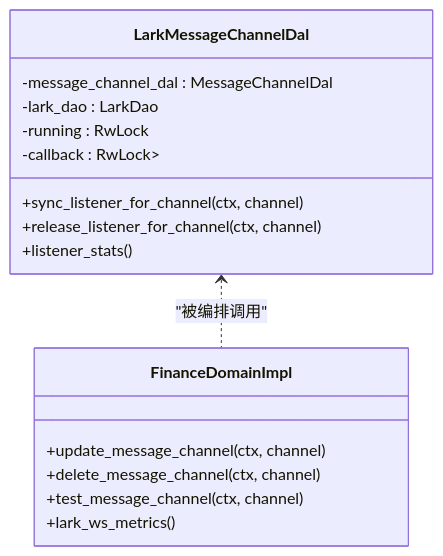
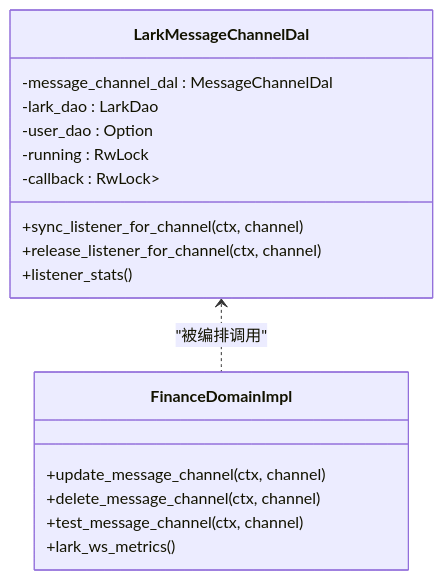
One commit to runningcoders/ai_orz changed the fourth of 10 diagrams in .qoder/repowiki/zh/content/核心模块/服务层/领域层/财务领域/飞书集成系统.md. Above: the diagram before and after it, drawn with Mermaid. The commit also changed other lines of this file and 5 other files, not shown here.

````diff
--- a/.qoder/repowiki/zh/content/核心模块/服务层/领域层/财务领域/飞书集成系统.md
+++ b/.qoder/repowiki/zh/content/核心模块/服务层/领域层/财务领域/飞书集成系统.md
@@ -148,19 +159,20 @@
 ```mermaid
 classDiagram
 class LarkMessageChannelDal {
 -message_channel_dal : MessageChannelDal
 -lark_dao : LarkDao
+-user_dao : Option<UserDao>
 -running : RwLock<bool>
 -callback : RwLock<Option<MessageAdapterCallback>>
 +sync_listener_for_channel(ctx, channel)
 +release_listener_for_channel(ctx, channel)
 +listener_stats()
 }
 class FinanceDomainImpl {
 +update_message_channel(ctx, channel)
 +delete_message_channel(ctx, channel)
 +test_message_channel(ctx, channel)
 +lark_ws_metrics()
 }
 LarkMessageChannelDal <.. FinanceDomainImpl : "被编排调用"
 ```
````
